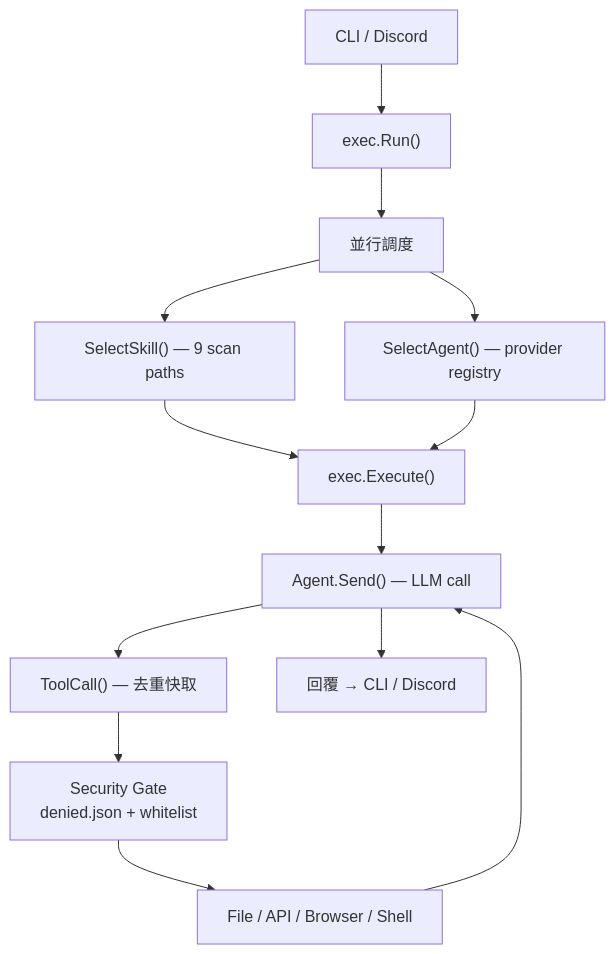
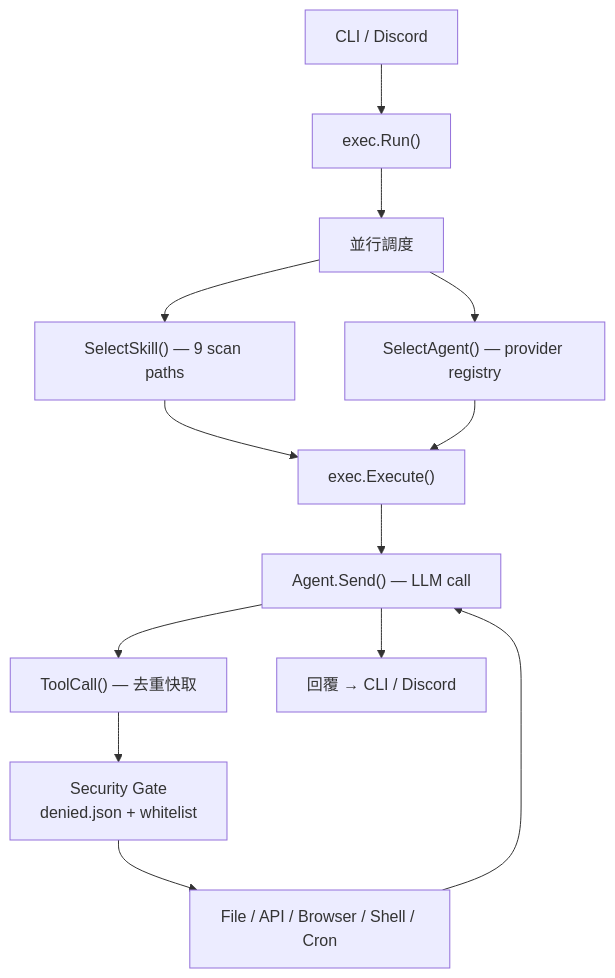
The diagram in doc/README.zh.md (pardnchiu/agenvoy), drawn with Mermaid before and after one commit. The commit also changed other lines of this file and 3 other files, not shown here.

````diff
--- a/doc/README.zh.md
+++ b/doc/README.zh.md
@@ -44,15 +44,15 @@
 ```mermaid
 graph TB
     Input["CLI / Discord"] --> Run["exec.Run()"]
     Run --> Concurrent["並行調度"]
     Concurrent --> SkillSelect["SelectSkill() — 9 scan paths"]
     Concurrent --> AgentSelect["SelectAgent() — provider registry"]
     SkillSelect --> Execute["exec.Execute()"]
     AgentSelect --> Execute
     Execute --> Send["Agent.Send() — LLM call"]
     Send --> ToolCall["ToolCall() — 去重快取"]
     ToolCall --> Security["Security Gate\ndenied.json + whitelist"]
-    Security --> Tools["File / API / Browser / Shell"]
+    Security --> Tools["File / API / Browser / Shell / Cron"]
     Tools --> Send
     Send --> Output["回覆 → CLI / Discord"]
 ```
````
